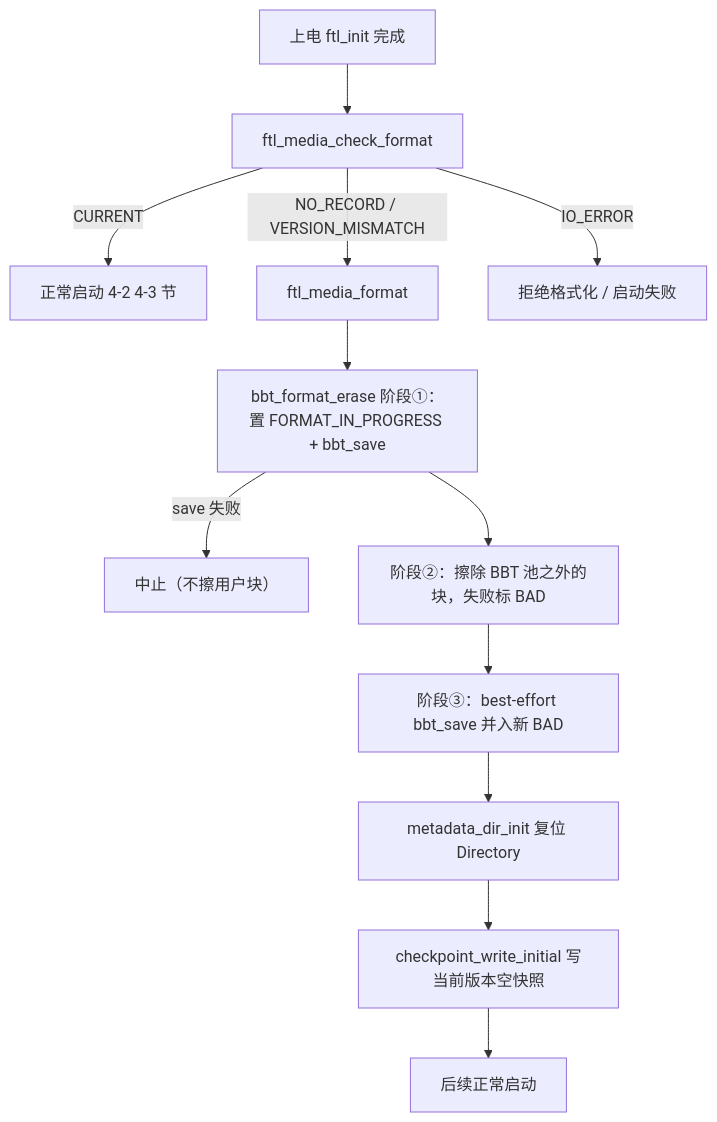
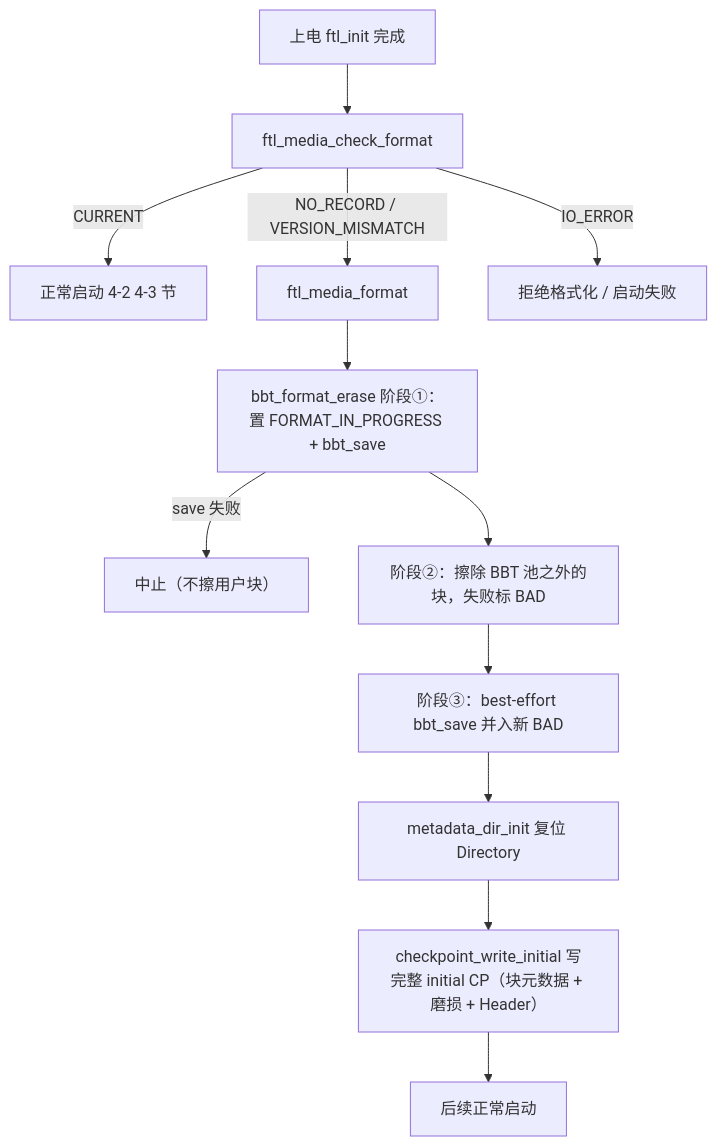
One commit to YzYMIAO/BASESSD changed diagram 23 of 32 in docs/design/ftl_design.md. Above: the diagram before and after it, drawn with Mermaid. The commit also changed other lines of this file and 23 other files, not shown here.

````diff
--- a/docs/design/ftl_design.md
+++ b/docs/design/ftl_design.md
@@ -3448,14 +3448,14 @@
 ```mermaid
 flowchart TD
     A["上电 ftl_init 完成"] --> B["ftl_media_check_format"]
     B -- "CURRENT" --> C["正常启动 4-2 4-3 节"]
     B -- "NO_RECORD / VERSION_MISMATCH" --> D["ftl_media_format"]
     B -- "IO_ERROR" --> H["拒绝格式化 / 启动失败"]
     D --> D1["bbt_format_erase 阶段①：置 FORMAT_IN_PROGRESS + bbt_save"]
     D1 -- "save 失败" --> H2["中止（不擦用户块）"]
     D1 --> D2["阶段②：擦除 BBT 池之外的块，失败标 BAD"]
     D2 --> D3["阶段③：best-effort bbt_save 并入新 BAD"]
     D3 --> D4["metadata_dir_init 复位 Directory"]
-    D4 --> D5["checkpoint_write_initial 写当前版本空快照"]
+    D4 --> D5["checkpoint_write_initial 写完整 initial CP（块元数据 + 磨损 + Header）"]
     D5 --> E["后续正常启动"]
 ```
````
